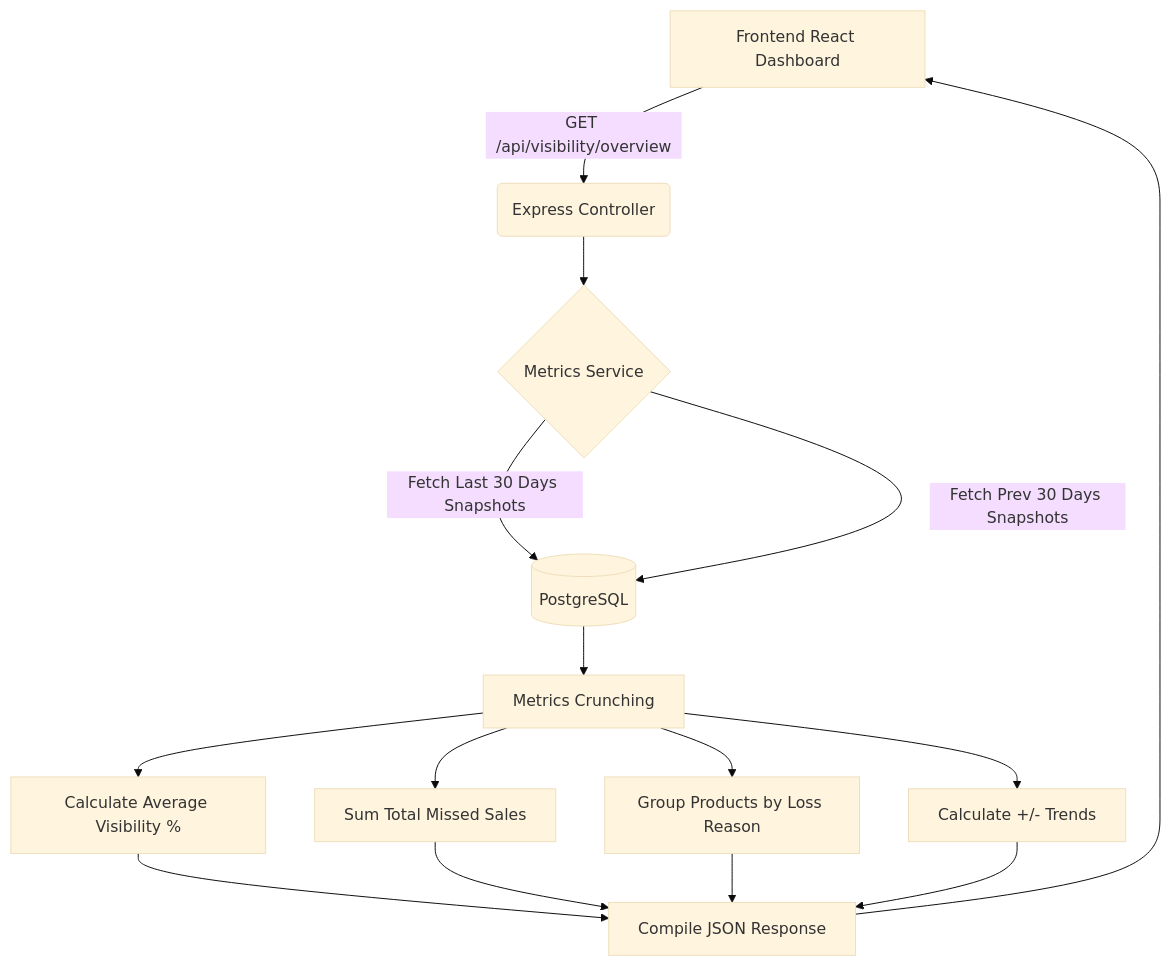
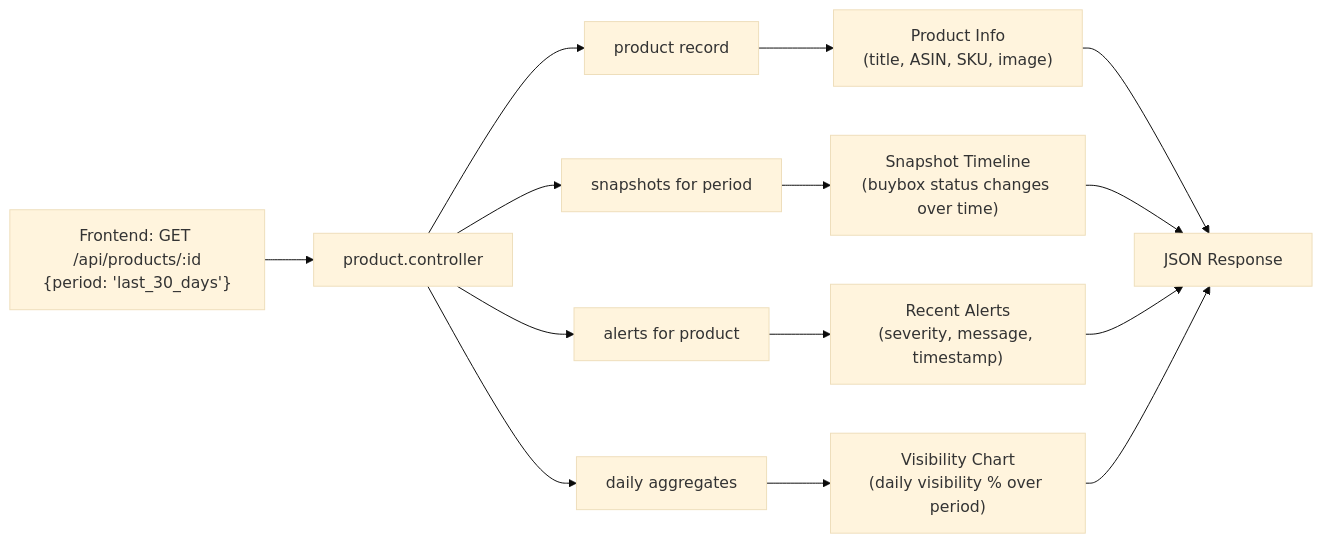
Before and after one commit to salesduo-arnav/sd-buybox: the fourth of 6 diagrams in docs/flow_diagrams.md, drawn with Mermaid (base theme). The commit also changed other lines of this file and 5 other files, not shown here.

````diff
--- a/docs/flow_diagrams.md
+++ b/docs/flow_diagrams.md
@@ -69,22 +149,19 @@
 ```mermaid
-flowchart TD
-    A[Frontend React Dashboard] -->|GET /api/visibility/overview| B(Express Controller)
-    B --> C{Metrics Service}
-    
-    C -->|Fetch Last 30 Days Snapshots| D[(PostgreSQL)]
-    C -->|Fetch Prev 30 Days Snapshots| D
-    
-    D --> E[Metrics Crunching]
-    
-    E --> F[Calculate Average Visibility %]
-    E --> G[Sum Total Missed Sales]
-    E --> H[Group Products by Loss Reason]
-    E --> I[Calculate +/- Trends]
-    
-    F --> J[Compile JSON Response]
-    G --> J
-    H --> J
-    I --> J
-    
-    J --> A
+flowchart LR
+    A["Frontend: GET /api/products/:id<br/>{period: 'last_30_days'}"] --> B[product.controller]
+
+    B --> C[product record]
+    B --> D[snapshots for period]
+    B --> E[alerts for product]
+    B --> F[daily aggregates]
+
+    C --> G["Product Info<br/>(title, ASIN, SKU, image)"]
+    D --> H["Snapshot Timeline<br/>(buybox status changes over time)"]
+    E --> I["Recent Alerts<br/>(severity, message, timestamp)"]
+    F --> J["Visibility Chart<br/>(daily visibility % over period)"]
+
+    G --> K[JSON Response]
+    H --> K
+    I --> K
+    J --> K
 ```
````
